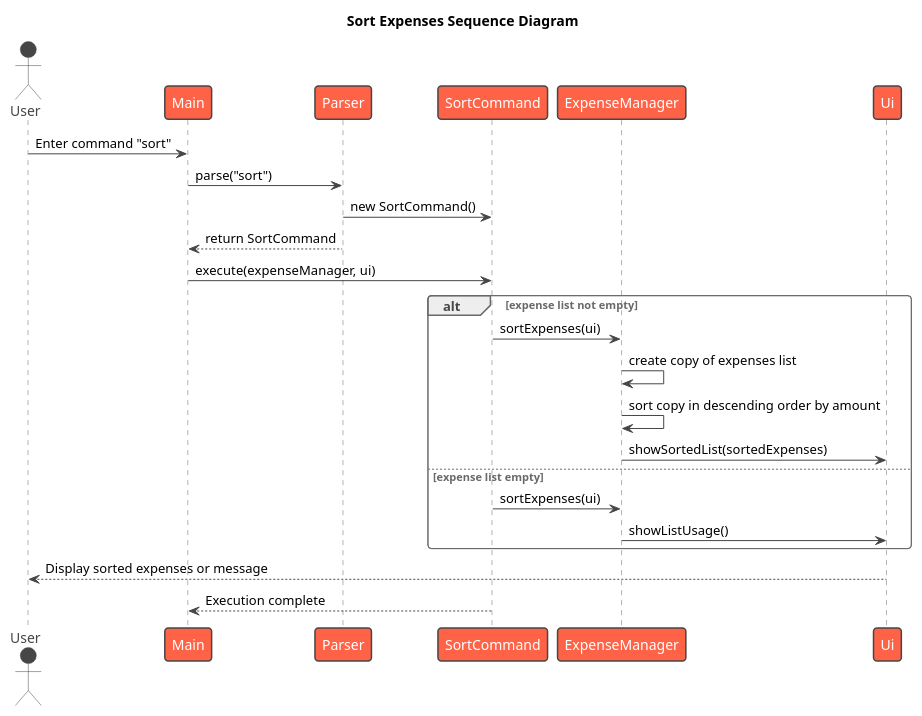
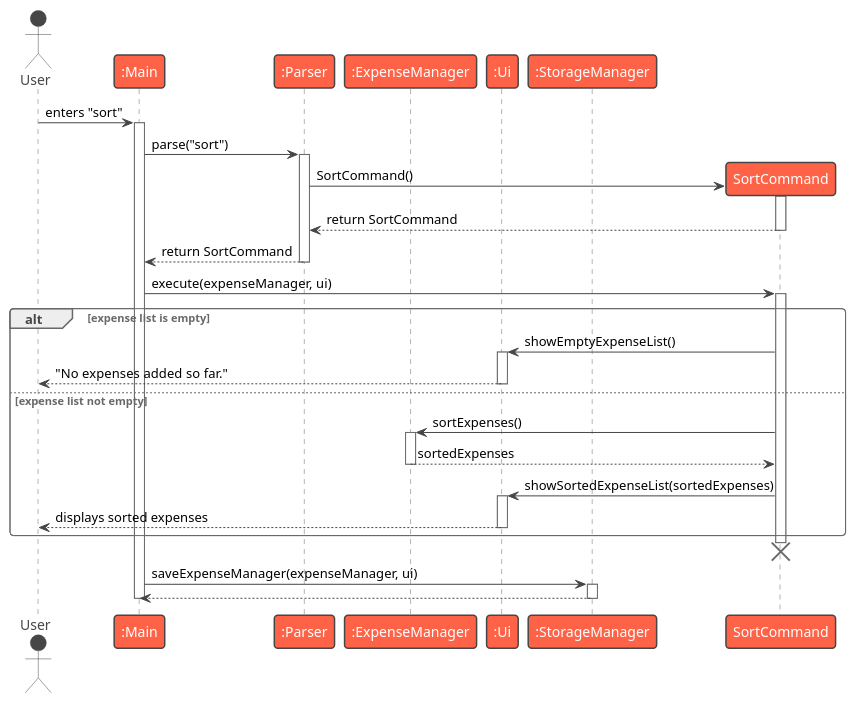
One commit to aydrienlaw/tp changed the diagram in docs/diagrams/sort-sequence.puml. Above: the diagram before and after it, drawn with PlantUML. The commit also changed other lines of this file and 1 other file, not shown here.

Commit message:
docs: update DevGuide for sort command

```diff
--- a/docs/diagrams/sort-sequence.puml
+++ b/docs/diagrams/sort-sequence.puml
@@ -1,31 +32,56 @@
 @startuml
 !theme vibrant
-title Sort Expenses Sequence Diagram
+actor User
+participant ":Main" as Main
+participant ":Parser" as Parser
+participant ":ExpenseManager" as ExpenseManager
+participant ":Ui" as Ui
+participant ":StorageManager" as StorageManager
 
-actor User
-participant Main
-participant Parser
-participant SortCommand
-participant ExpenseManager
-participant Ui
+User -> Main : enters "sort"
+activate Main
 
-User -> Main : Enter command "sort"
 Main -> Parser : parse("sort")
-Parser -> SortCommand : new SortCommand()
+activate Parser
+
+' SortCommand appears only when instantiated
+create SortCommand
+Parser -> SortCommand : SortCommand()
+activate SortCommand
+SortCommand --> Parser : return SortCommand
+deactivate SortCommand
+
 Parser --> Main : return SortCommand
+deactivate Parser
+
 Main -> SortCommand : execute(expenseManager, ui)
+activate SortCommand
 
-alt expense list not empty
-    SortCommand -> ExpenseManager : sortExpenses(ui)
-    ExpenseManager -> ExpenseManager : create copy of expenses list
-    ExpenseManager -> ExpenseManager : sort copy in descending order by amount
-    ExpenseManager -> Ui : showSortedList(sortedExpenses)
-else expense list empty
-    SortCommand -> ExpenseManager : sortExpenses(ui)
-    ExpenseManager -> Ui : showListUsage()
+alt expense list is empty
+    SortCommand -> Ui : showEmptyExpenseList()
+    activate Ui
+    Ui --> User : "No expenses added so far."
+    deactivate Ui
+else expense list not empty
+    SortCommand -> ExpenseManager : sortExpenses()
+    activate ExpenseManager
+    ExpenseManager --> SortCommand : sortedExpenses
+    deactivate ExpenseManager
+
+    SortCommand -> Ui : showSortedExpenseList(sortedExpenses)
+    activate Ui
+    Ui --> User : displays sorted expenses
+    deactivate Ui
 end
 
-Ui --> User : Display sorted expenses or message
-SortCommand --> Main : Execution complete
+deactivate SortCommand
+destroy SortCommand
 
+' Data persistence
+Main -> StorageManager : saveExpenseManager(expenseManager, ui)
+activate StorageManager
+StorageManager --> Main :
+deactivate StorageManager
+
+deactivate Main
 @enduml
```
